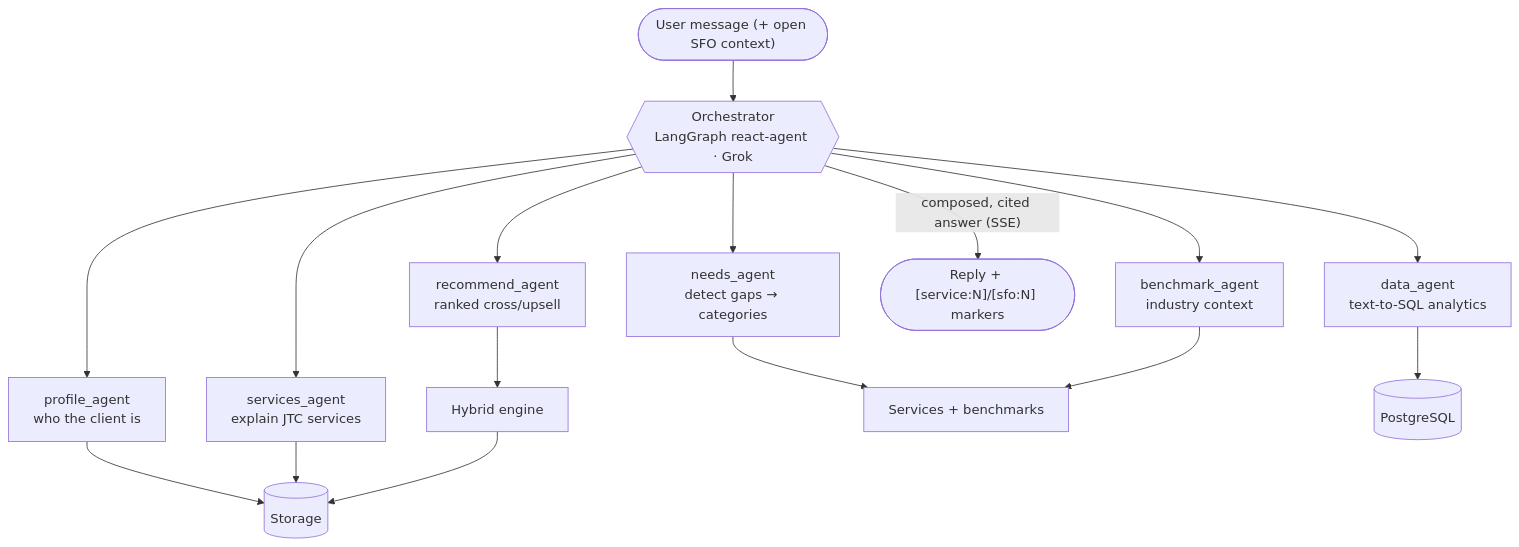
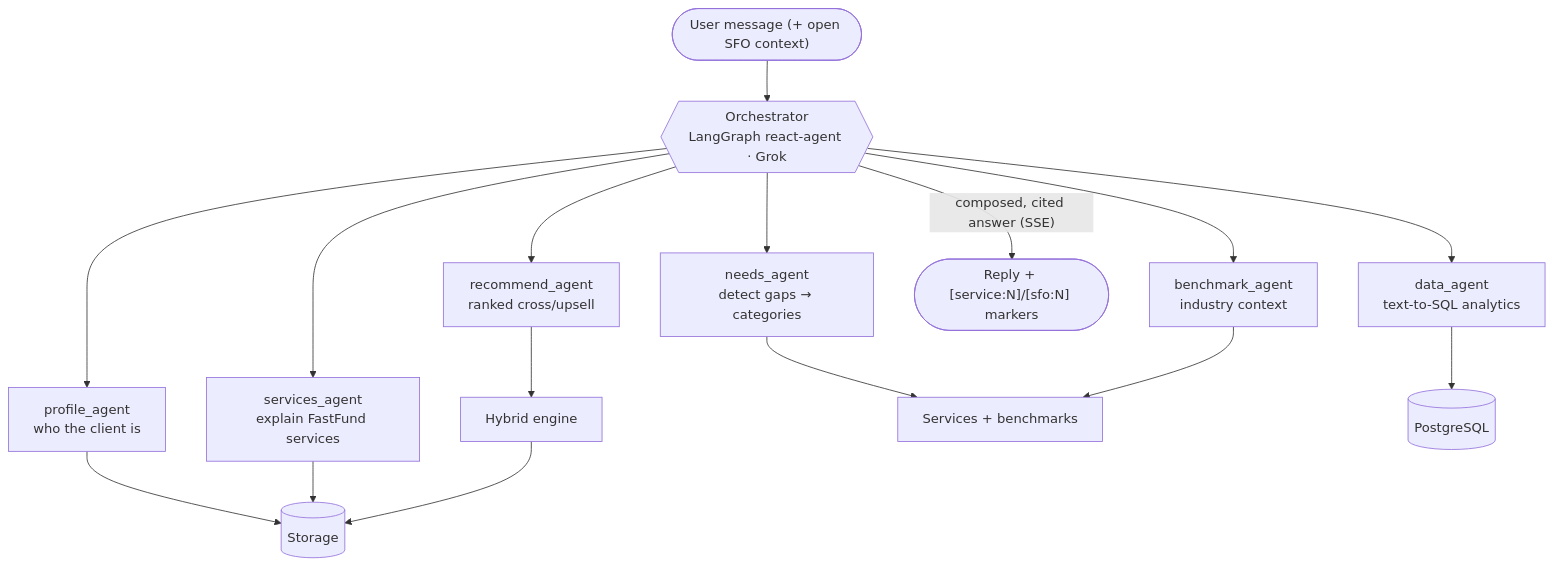
One commit to predictivelabsai/FastFund changed the second of 7 diagrams in docs/technical_architecture.md. Above: the diagram before and after it, drawn with Mermaid. The commit also changed other lines of this file and 145 other files, not shown here.

Commit message:
Merge family office and tax workflows into FastFund

````diff
--- a/docs/technical_architecture.md
+++ b/docs/technical_architecture.md
@@ -54,32 +54,32 @@
 ```mermaid
 flowchart TB
     MSG(["User message (+ open SFO context)"])
     ORCH{{"Orchestrator<br/>LangGraph react-agent · Grok"}}
     MSG --> ORCH
 
     PROFILE["profile_agent<br/>who the client is"]
     NEEDS["needs_agent<br/>detect gaps → categories"]
-    SERVICES["services_agent<br/>explain JTC services"]
+    SERVICES["services_agent<br/>explain FastFund services"]
     RECOMMEND["recommend_agent<br/>ranked cross/upsell"]
     BENCH["benchmark_agent<br/>industry context"]
     DATA["data_agent<br/>text-to-SQL analytics"]
 
     ORCH --> PROFILE
     ORCH --> NEEDS
     ORCH --> SERVICES
     ORCH --> RECOMMEND
     ORCH --> BENCH
     ORCH --> DATA
 
     STORE[("Storage")]
     ENGINE["Hybrid engine"]
     KB["Services + benchmarks"]
     SQL[("PostgreSQL")]
     PROFILE --> STORE
     NEEDS --> KB
     SERVICES --> STORE
     RECOMMEND --> ENGINE --> STORE
     BENCH --> KB
     DATA --> SQL
     ORCH -->|"composed, cited answer (SSE)"| OUT(["Reply + [service:N]/[sfo:N] markers"])
 ```
````
